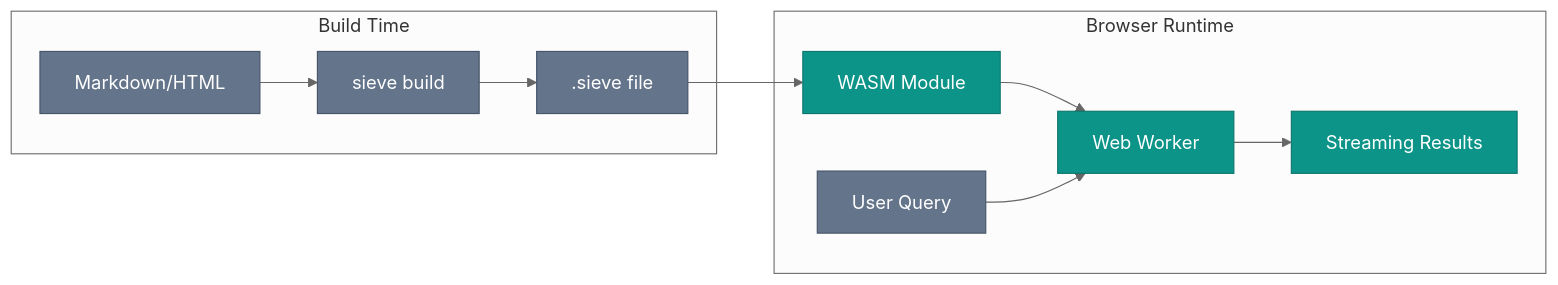
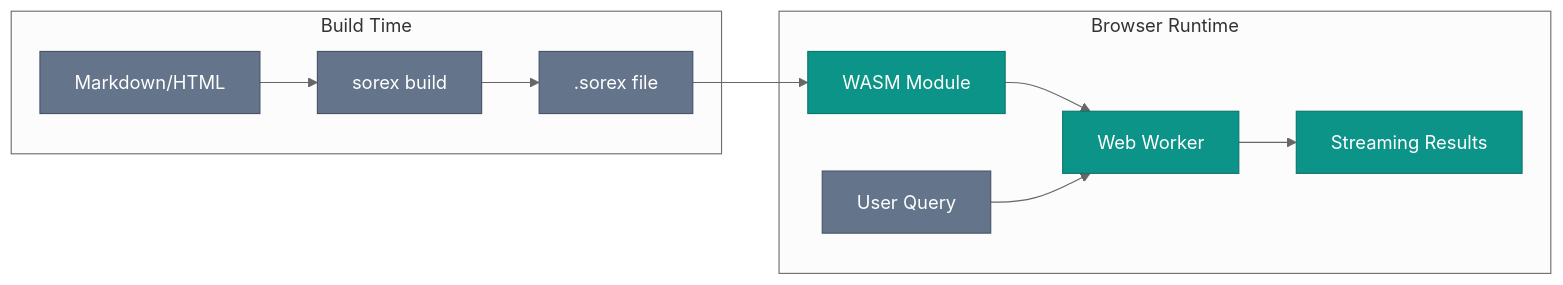
The first of 3 diagrams in docs/architecture.md (harryzorus/sorex), drawn with Mermaid (neutral theme) before and after one commit. The commit also changed other lines of this file and 59 other files, not shown here.

````diff
--- a/docs/architecture.md
+++ b/docs/architecture.md
@@ -19,22 +19,22 @@
 ```mermaid
 flowchart LR
     subgraph Build["Build Time"]
-        src[Markdown/HTML] --> cli[sieve build]
-        cli --> idx[".sieve file"]
+        src[Markdown/HTML] --> cli[sorex build]
+        cli --> idx[".sorex file"]
     end
 
     subgraph Runtime["Browser Runtime"]
         idx --> wasm[WASM Module]
         wasm --> worker[Web Worker]
         query[User Query] --> worker
         worker --> out[Streaming Results]
     end
 
     style src fill:#64748b,color:#fff,stroke:#475569
     style cli fill:#64748b,color:#fff,stroke:#475569
     style idx fill:#64748b,color:#fff,stroke:#475569
     style query fill:#64748b,color:#fff,stroke:#475569
     style wasm fill:#0d9488,color:#fff,stroke:#0f766e
     style worker fill:#0d9488,color:#fff,stroke:#0f766e
     style out fill:#0d9488,color:#fff,stroke:#0f766e
 ```
````
